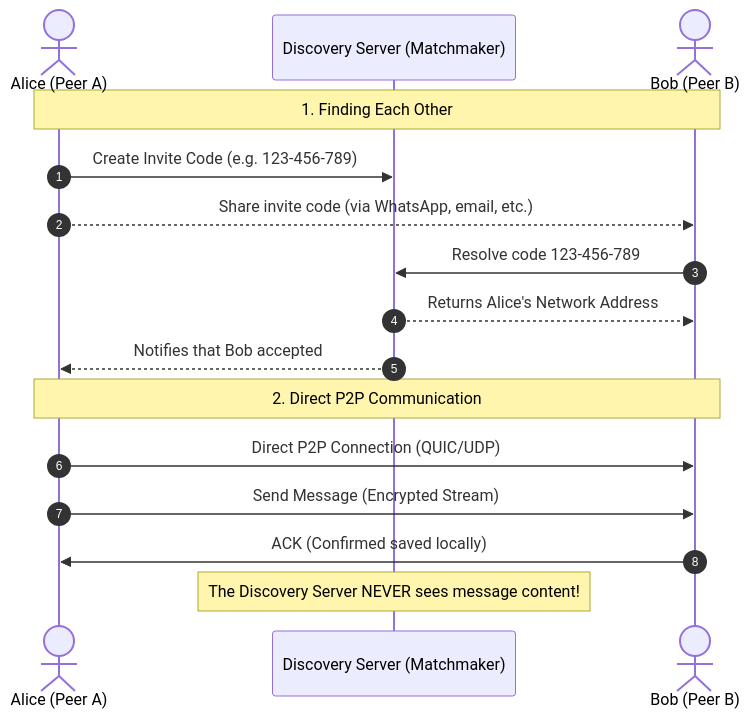
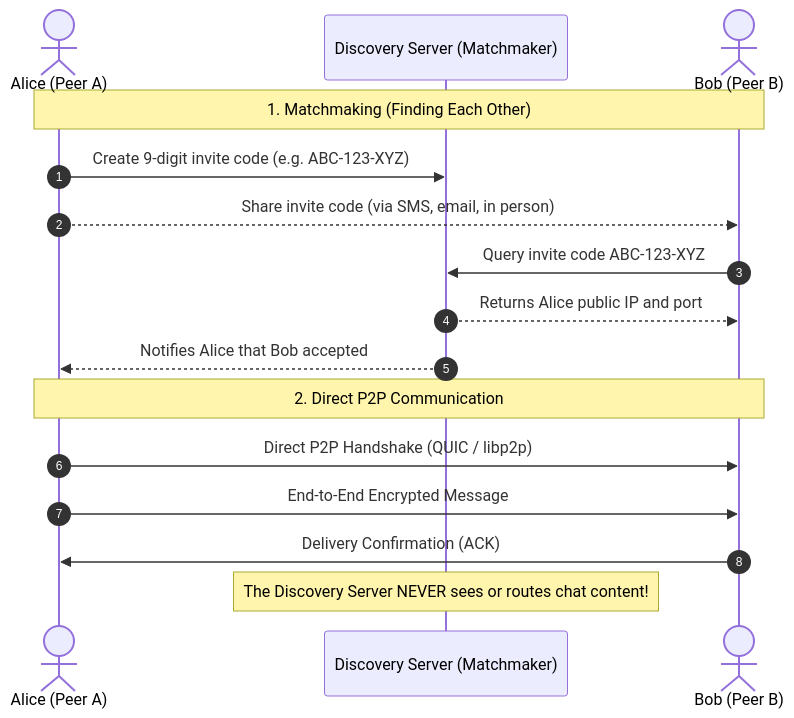
Before and after one commit to JoaoVitor615/gochat: the diagram in README.md, drawn with Mermaid. The commit also changed other lines of this file, not shown here.

````diff
--- a/README.md
+++ b/README.md
@@ -20,21 +53,21 @@
 ```mermaid
 sequenceDiagram
     autonumber
     actor Alice as Alice (Peer A)
     participant Discovery as Discovery Server (Matchmaker)
     actor Bob as Bob (Peer B)
 
-    Note over Alice,Bob: 1. Finding Each Other
-    Alice->>Discovery: Create Invite Code (e.g. 123-456-789)
-    Alice-->>Bob: Share invite code (via WhatsApp, email, etc.)
-    Bob->>Discovery: Resolve code 123-456-789
-    Discovery-->>Bob: Returns Alice's Network Address
-    Discovery-->>Alice: Notifies that Bob accepted
+    Note over Alice,Bob: 1. Matchmaking (Finding Each Other)
+    Alice->>Discovery: Create 9-digit invite code (e.g. ABC-123-XYZ)
+    Alice-->>Bob: Share invite code (via SMS, email, in person)
+    Bob->>Discovery: Query invite code ABC-123-XYZ
+    Discovery-->>Bob: Returns Alice public IP and port
+    Discovery-->>Alice: Notifies Alice that Bob accepted
 
     Note over Alice,Bob: 2. Direct P2P Communication
-    Alice->>Bob: Direct P2P Connection (QUIC/UDP)
-    Alice->>Bob: Send Message (Encrypted Stream)
-    Bob->>Alice: ACK (Confirmed saved locally)
-    
-    Note over Discovery: The Discovery Server NEVER sees message content!
+    Alice->>Bob: Direct P2P Handshake (QUIC / libp2p)
+    Alice->>Bob: End-to-End Encrypted Message
+    Bob->>Alice: Delivery Confirmation (ACK)
+
+    Note over Discovery: The Discovery Server NEVER sees or routes chat content!
 ```
````
